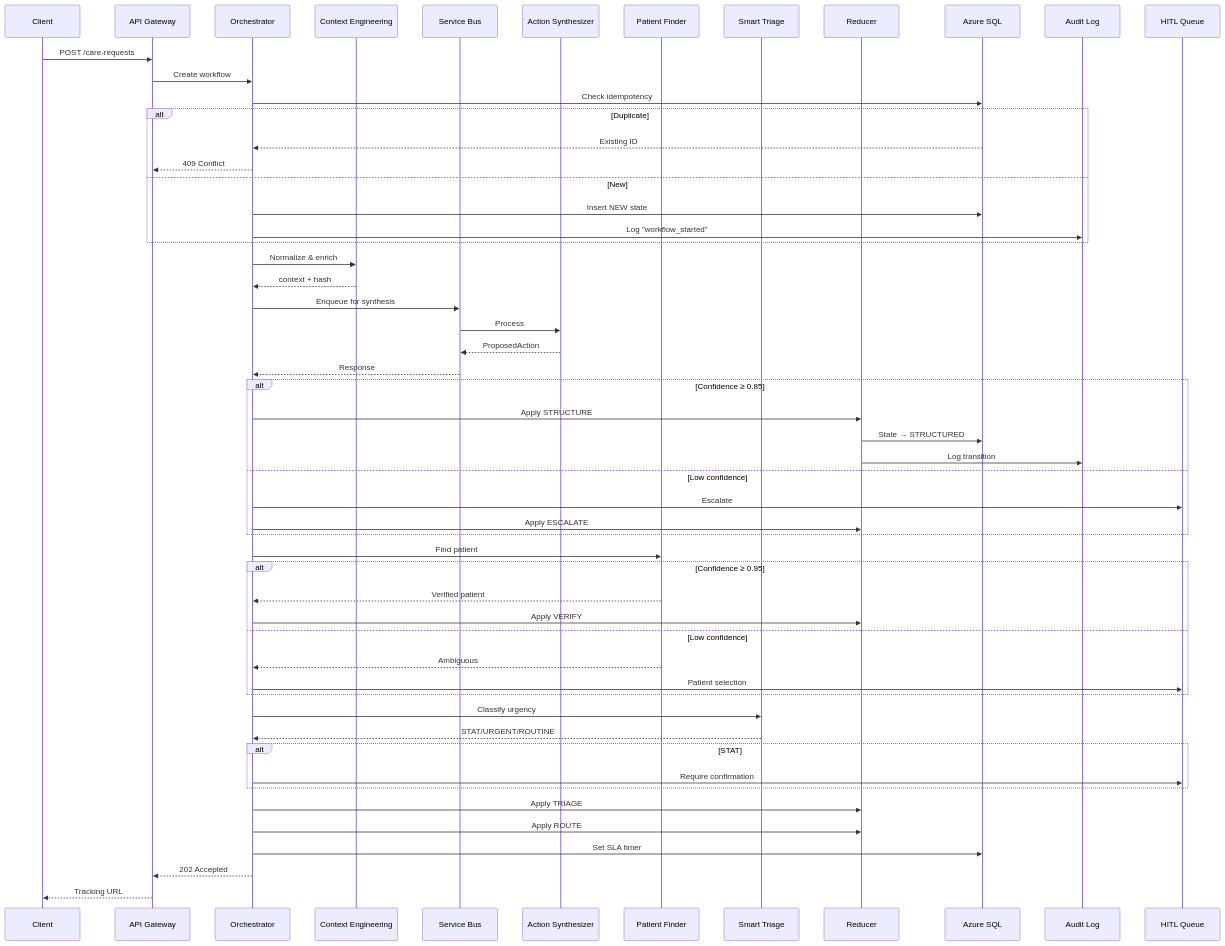
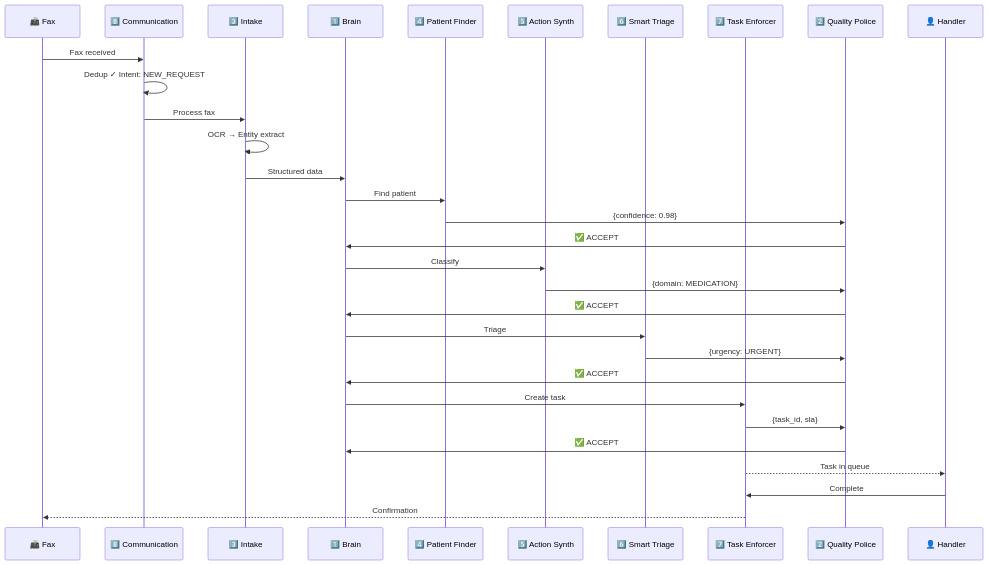
One commit to mohabnazmy/test changed the eighth of 16 diagrams in test.md. Above: the diagram before and after it, drawn with Mermaid. The commit also changed other lines of this file, not shown here.

````diff
--- a/test.md
+++ b/test.md
@@ -1505,68 +255,39 @@
 ```mermaid
 sequenceDiagram
-    participant Client
-    participant API as API Gateway
-    participant Orch as Orchestrator
-    participant CE as Context Engineering
-    participant Bus as Service Bus
-    participant AS as Action Synthesizer
-    participant PF as Patient Finder
-    participant ST as Smart Triage
-    participant Red as Reducer
-    participant DB as Azure SQL
-    participant Audit as Audit Log
-    participant Human as HITL Queue
-
-    Client->>API: POST /care-requests
-    API->>Orch: Create workflow
-    Orch->>DB: Check idempotency
+    participant P as 📠 Fax
+    participant C as 8️⃣ Communication
+    participant I as 3️⃣ Intake
+    participant B as 1️⃣ Brain
+    participant PF as 4️⃣ Patient Finder
+    participant AS as 5️⃣ Action Synth
+    participant ST as 6️⃣ Smart Triage
+    participant TE as 7️⃣ Task Enforcer
+    participant QP as 2️⃣ Quality Police
+    participant H as 👤 Handler
     
-    alt Duplicate
-        DB-->>Orch: Existing ID
-        Orch-->>API: 409 Conflict
-    else New
-        Orch->>DB: Insert NEW state
-        Orch->>Audit: Log "workflow_started"
-    end
+    P->>C: Fax received
+    C->>C: Dedup ✓ Intent: NEW_REQUEST
+    C->>I: Process fax
+    I->>I: OCR → Entity extract
+    I->>B: Structured data
     
-    Orch->>CE: Normalize & enrich
-    CE-->>Orch: context + hash
+    B->>PF: Find patient
+    PF->>QP: {confidence: 0.98}
+    QP->>B: ✅ ACCEPT
     
-    Orch->>Bus: Enqueue for synthesis
-    Bus->>AS: Process
-    AS-->>Bus: ProposedAction
-    Bus-->>Orch: Response
+    B->>AS: Classify
+    AS->>QP: {domain: MEDICATION}
+    QP->>B: ✅ ACCEPT
     
-    alt Confidence ≥ 0.85
-        Orch->>Red: Apply STRUCTURE
-        Red->>DB: State → STRUCTURED
-        Red->>Audit: Log transition
-    else Low confidence
-        Orch->>Human: Escalate
-        Orch->>Red: Apply ESCALATE
-    end
+    B->>ST: Triage
+    ST->>QP: {urgency: URGENT}
+    QP->>B: ✅ ACCEPT
     
-    Orch->>PF: Find patient
+    B->>TE: Create task
+    TE->>QP: {task_id, sla}
+    QP->>B: ✅ ACCEPT
     
-    alt Confidence ≥ 0.95
-        PF-->>Orch: Verified patient
-        Orch->>Red: Apply VERIFY
-    else Low confidence
-        PF-->>Orch: Ambiguous
-        Orch->>Human: Patient selection
-    end
-    
-    Orch->>ST: Classify urgency
-    ST-->>Orch: STAT/URGENT/ROUTINE
-    
-    alt STAT
-        Orch->>Human: Require confirmation
-    end
-    
-    Orch->>Red: Apply TRIAGE
-    Orch->>Red: Apply ROUTE
-    Orch->>DB: Set SLA timer
-    
-    Orch-->>API: 202 Accepted
-    API-->>Client: Tracking URL
+    TE-->>H: Task in queue
+    H->>TE: Complete
+    TE-->>P: Confirmation
 ```
````
